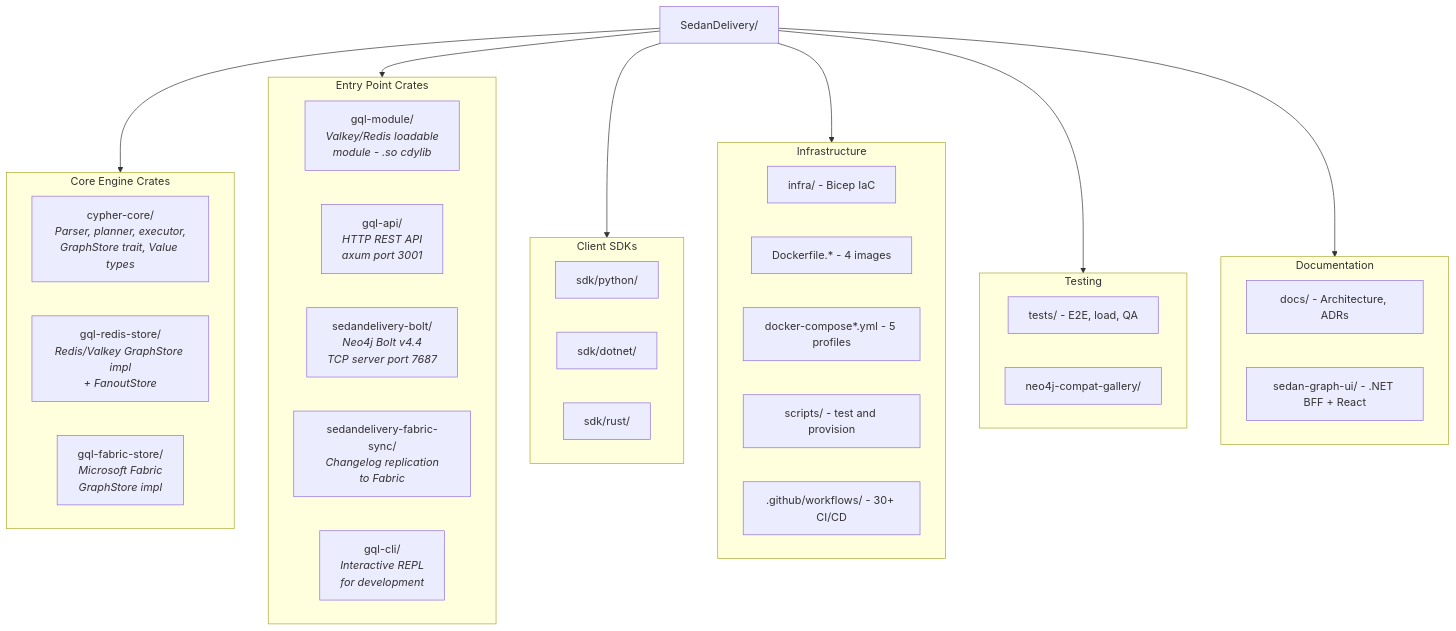
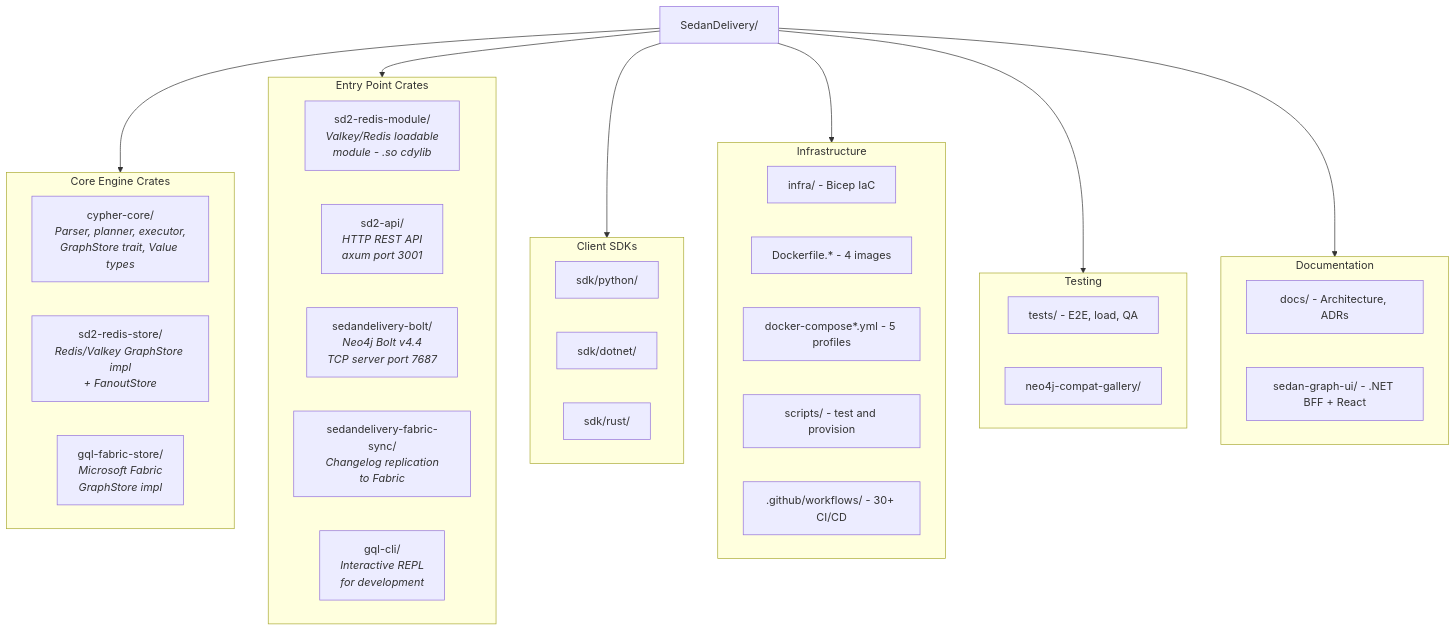
One commit to rysweet/SedanDelivery changed the diagram in docs/atlas/repo-surface/repo-surface.mmd. Above: the diagram before and after it, drawn with Mermaid. The commit also changed 191 other files, not shown here.

First line of the commit message:
refactor: rename gql-module, gql-redis-store, gql-api to sd2- prefix (#1097)

```diff
--- a/docs/atlas/repo-surface/repo-surface.mmd
+++ b/docs/atlas/repo-surface/repo-surface.mmd
@@ -1,47 +1,47 @@
 graph TD
     ROOT["SedanDelivery/"]
     
     subgraph core_crates["Core Engine Crates"]
         GQL_CORE["cypher-core/<br/><i>Parser, planner, executor,<br/>GraphStore trait, Value types</i>"]
-        GQL_REDIS["gql-redis-store/<br/><i>Redis/Valkey GraphStore impl<br/>+ FanoutStore</i>"]
+        GQL_REDIS["sd2-redis-store/<br/><i>Redis/Valkey GraphStore impl<br/>+ FanoutStore</i>"]
         GQL_FABRIC["gql-fabric-store/<br/><i>Microsoft Fabric<br/>GraphStore impl</i>"]
     end
 
     subgraph entry_points["Entry Point Crates"]
-        GQL_MODULE["gql-module/<br/><i>Valkey/Redis loadable<br/>module - .so cdylib</i>"]
-        GQL_API["gql-api/<br/><i>HTTP REST API<br/>axum port 3001</i>"]
+        GQL_MODULE["sd2-redis-module/<br/><i>Valkey/Redis loadable<br/>module - .so cdylib</i>"]
+        GQL_API["sd2-api/<br/><i>HTTP REST API<br/>axum port 3001</i>"]
         BOLT["sedandelivery-bolt/<br/><i>Neo4j Bolt v4.4<br/>TCP server port 7687</i>"]
         SYNC["sedandelivery-fabric-sync/<br/><i>Changelog replication<br/>to Fabric</i>"]
         CLI["gql-cli/<br/><i>Interactive REPL<br/>for development</i>"]
     end
 
     subgraph sdks["Client SDKs"]
         SDK_PY["sdk/python/"]
         SDK_NET["sdk/dotnet/"]
         SDK_RS["sdk/rust/"]
     end
 
     subgraph infra_deploy["Infrastructure"]
         INFRA["infra/ - Bicep IaC"]
         DOCKER["Dockerfile.* - 4 images"]
         COMPOSE["docker-compose*.yml - 5 profiles"]
         SCRIPTS["scripts/ - test and provision"]
         GH_ACTIONS[".github/workflows/ - 30+ CI/CD"]
     end
 
     subgraph testing["Testing"]
         TESTS["tests/ - E2E, load, QA"]
         NEO4J_COMPAT["neo4j-compat-gallery/"]
     end
 
     subgraph docs_group["Documentation"]
         DOCS["docs/ - Architecture, ADRs"]
         SEDAN_UI["sedan-graph-ui/ - .NET BFF + React"]
     end
 
     ROOT --> core_crates
     ROOT --> entry_points
     ROOT --> sdks
     ROOT --> infra_deploy
     ROOT --> testing
     ROOT --> docs_group
```
